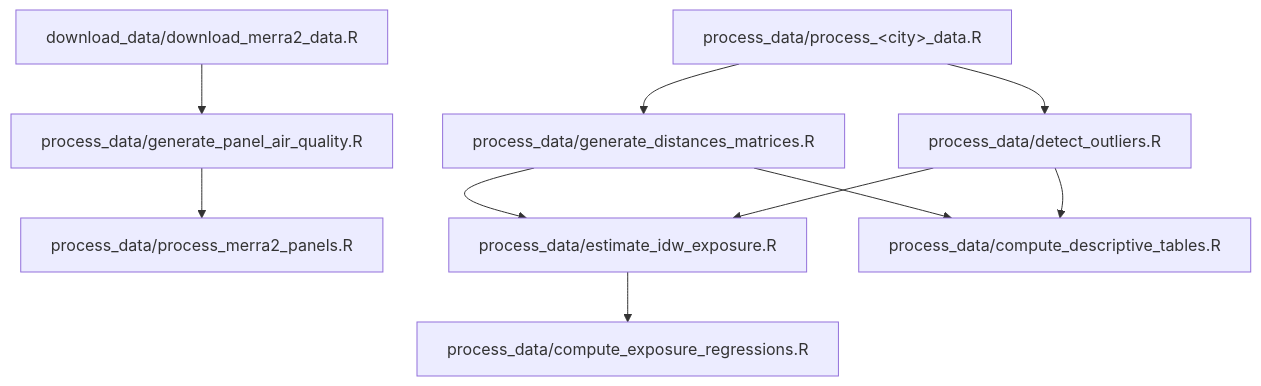
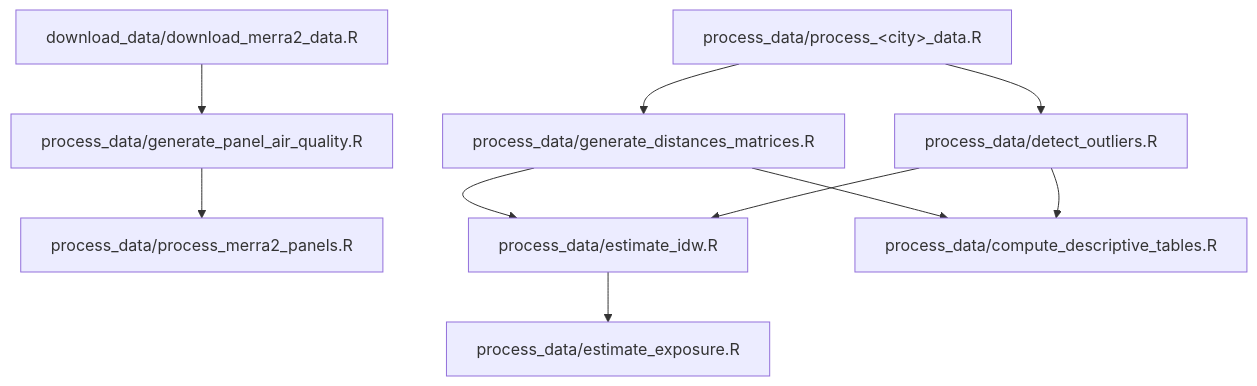
The first of 2 diagrams in README.md (correia-marcos/air_quality), drawn with Mermaid before and after one commit. The commit also changed other lines of this file and 12 other files, not shown here.

````diff
--- a/README.md
+++ b/README.md
@@ -238,18 +238,18 @@
 ```mermaid
 flowchart TD
   DL["download_data/download_merra2_data.R"]
   GP["process_data/generate_panel_air_quality.R"]
   MP["process_data/process_merra2_panels.R"]
   PC["process_data/process_&lt;city&gt;_data.R"]
   GD["process_data/generate_distances_matrices.R"]
   DO["process_data/detect_outliers.R"]
-  IDW["process_data/estimate_idw_exposure.R"]
-  REG["process_data/compute_exposure_regressions.R"]
+  IDW["process_data/estimate_idw.R"]
+  REG["process_data/estimate_exposure.R"]
   DESC["process_data/compute_descriptive_tables.R"]
 
   DL --> GP --> MP
   PC --> GD --> IDW --> REG
   PC --> DO --> IDW
   GD --> DESC
   DO --> DESC
 ```
````
